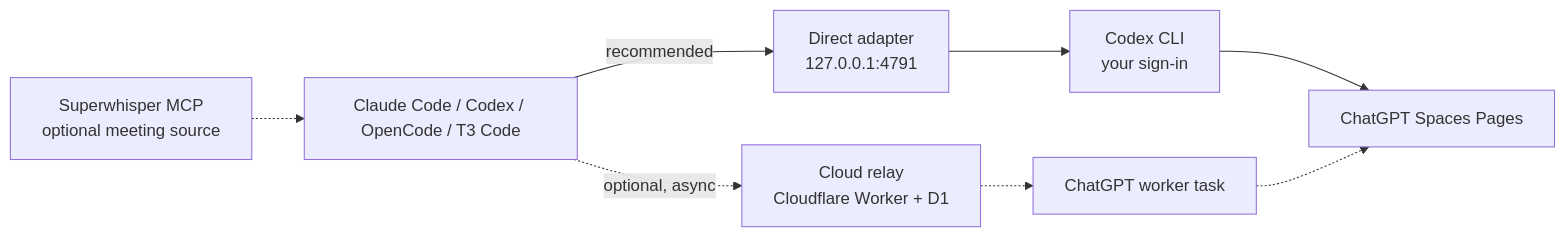
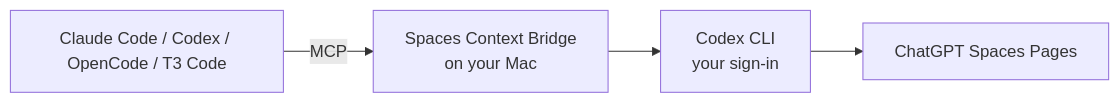
Before and after one commit to designxdevelop/spaces-context-bridge: the diagram in README.md, drawn with Mermaid. The commit also changed other lines of this file and 50 other files, not shown here.

Commit message:
Ship the local Spaces adapter as the sole current runtime

````diff
--- a/README.md
+++ b/README.md
@@ -57,10 +53,6 @@
 ```mermaid
 flowchart LR
-  A["Claude Code / Codex / OpenCode / T3 Code"] -->|recommended| D["Direct adapter<br/>127.0.0.1:4791"]
-  SW["Superwhisper MCP<br/>optional meeting source"] -.-> A
-  D --> C["Codex CLI<br/>your sign-in"]
-  C --> S["ChatGPT Spaces Pages"]
-  A -.->|optional, async| W["Cloud relay<br/>Cloudflare Worker + D1"]
-  W -.-> T["ChatGPT worker task"]
-  T -.-> S
+  A["Claude Code / Codex / OpenCode / T3 Code"] -->|MCP| B["Spaces Context Bridge<br/>on your Mac"]
+  B --> C["Codex CLI<br/>your sign-in"]
+  C --> D["ChatGPT Spaces Pages"]
 ```
````
